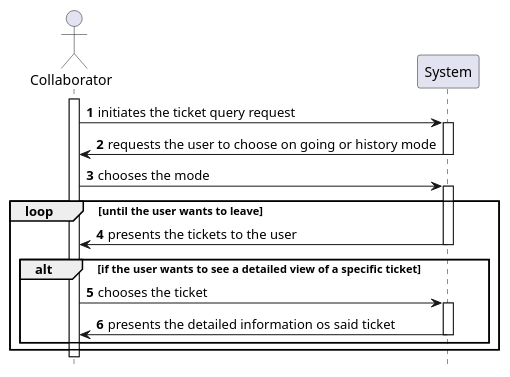
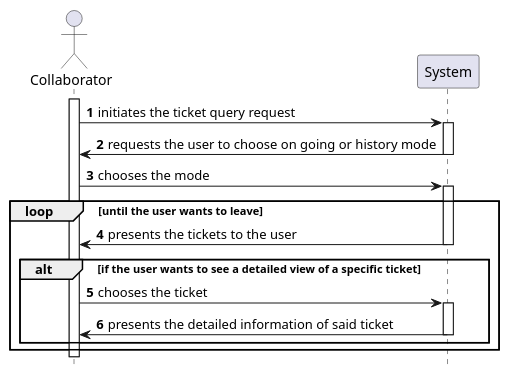
One commit to tiagoavcosta25/LAPR4 changed the diagram in doc/engenharia/SprintD/1190682/US-2-3031_SerchTickets/US-2-3031_SSD_SerchTickets.puml. Above: the diagram before and after it, drawn with PlantUML.

Commit message:
LAPR4-182 #analysis #developing [US-2-3031] SSD Changes

```diff
--- a/doc/engenharia/SprintD/1190682/US-2-3031_SerchTickets/US-2-3031_SSD_SerchTickets.puml
+++ b/doc/engenharia/SprintD/1190682/US-2-3031_SerchTickets/US-2-3031_SSD_SerchTickets.puml
@@ -1,38 +1,38 @@
 @startuml
 autonumber
 hide footbox
 
 actor "Collaborator" as COLLAB
 participant "System" as SYST
 
 activate COLLAB
 
 COLLAB -> SYST : initiates the ticket query request
 activate SYST
 
 SYST -> COLLAB : requests the user to choose on going or history mode
 deactivate SYST
 
 COLLAB -> SYST : chooses the mode
 activate SYST
 
 loop until the user wants to leave
 
 SYST -> COLLAB : presents the tickets to the user
 deactivate SYST
 
 alt if the user wants to see a detailed view of a specific ticket
 
 COLLAB -> SYST : chooses the ticket
 activate SYST
 
-SYST -> COLLAB : presents the detailed information os said ticket
+SYST -> COLLAB : presents the detailed information of said ticket
 deactivate SYST
 
 end
 
 end
 
 deactivate COLLAB
 
 @enduml
```
